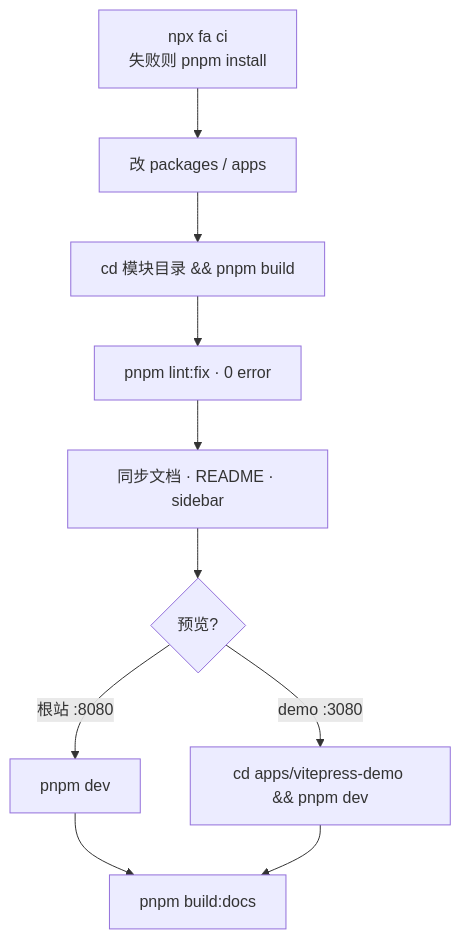
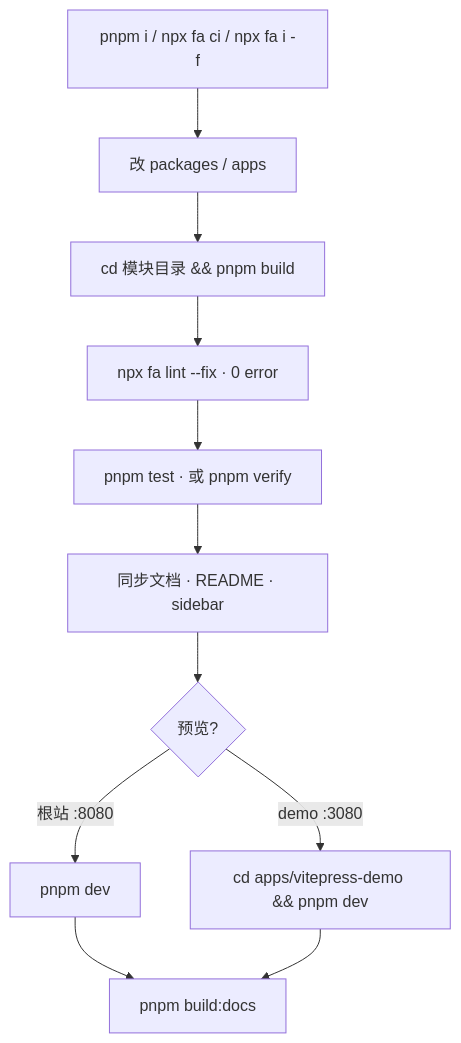
The fifth of 5 diagrams in README.md (142vip/core-x), drawn with Mermaid before and after one commit. The commit also changed other lines of this file and 5 other files, not shown here.

First line of the commit message:
docs: 对齐安装入口、`npx fa lint` 与 `pnpm verify`

````diff
--- a/README.md
+++ b/README.md
@@ -162,12 +167,13 @@
 ```mermaid
 flowchart TD
-  A["npx fa ci<br/>失败则 pnpm install"] --> B["改 packages / apps"]
+  A["pnpm i / npx fa ci / npx fa i -f"] --> B["改 packages / apps"]
   B --> C["cd 模块目录 && pnpm build"]
-  C --> D["pnpm lint:fix · 0 error"]
-  D --> E["同步文档 · README · sidebar"]
+  C --> D["npx fa lint --fix · 0 error"]
+  D --> T["pnpm test · 或 pnpm verify"]
+  T --> E["同步文档 · README · sidebar"]
   E --> F{"预览?"}
   F -->|根站 :8080| G["pnpm dev"]
   F -->|demo :3080| H["cd apps/vitepress-demo && pnpm dev"]
   G --> I["pnpm build:docs"]
   H --> I
 ```
````
